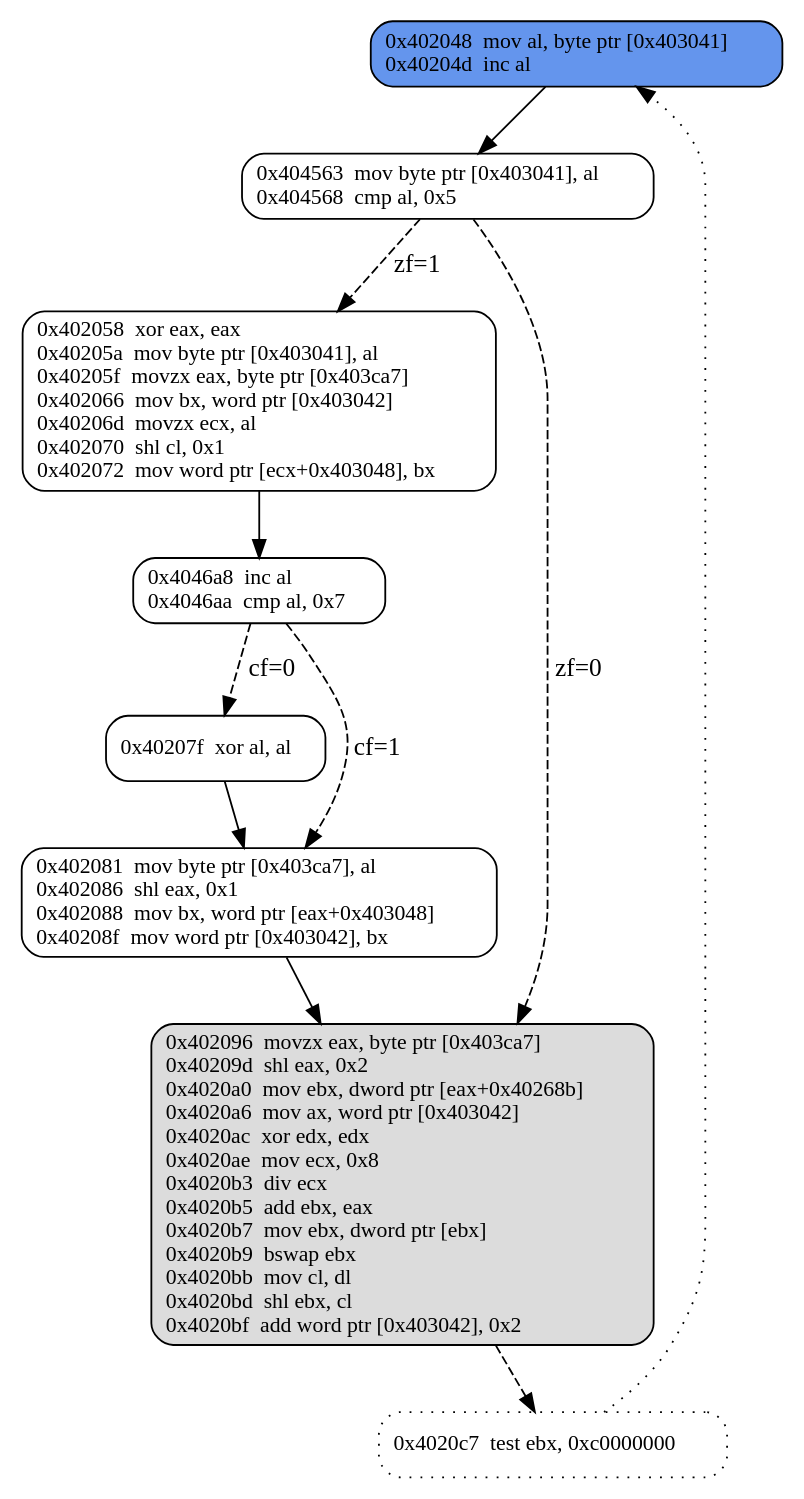
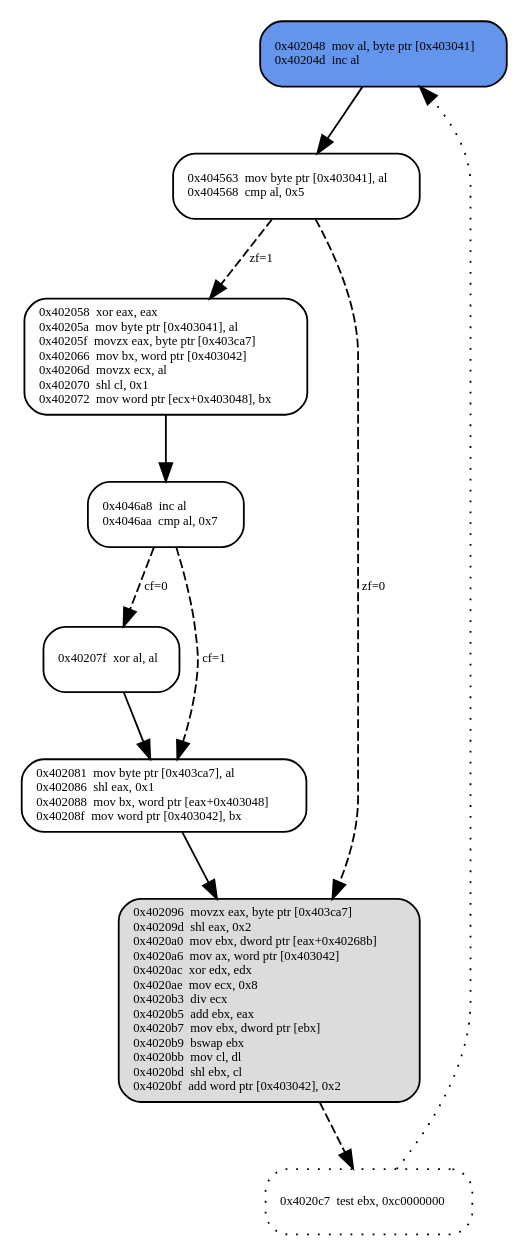
The diagram in F4b_XOR_W4kfu_GreHack2015_part2/images/f4b_vm1_dispatcher.dot (tathanhdinh/write-ups), drawn with Graphviz before and after one commit. The commit also changed 10 other files, not shown here.

```diff
--- a/F4b_XOR_W4kfu_GreHack2015_part2/images/f4b_vm1_dispatcher.dot
+++ b/F4b_XOR_W4kfu_GreHack2015_part2/images/f4b_vm1_dispatcher.dot
@@ -1,60 +1,60 @@
 digraph G {
   0 [
      fontname="Source Code Pro",
-     fontsize=12, shape=box, style="rounded,filled", fillcolor=cornflowerblue,
+     fontsize=7, shape=box, style="rounded,filled", fillcolor=cornflowerblue,
      label="0x402048  mov al, byte ptr [0x403041]\l0x40204d  inc al\l"
   ];
 
   1 [
      fontname="Source Code Pro",
-     fontsize=12, shape=box, style=rounded,
+     fontsize=7, shape=box, style=rounded,
      label="0x404563  mov byte ptr [0x403041], al\l0x404568  cmp al, 0x5\l"
   ];
 
   2 [
      fontname="Source Code Pro",
-     fontsize=12, shape=box, style=rounded,
+     fontsize=7, shape=box, style=rounded,
      label="0x402058  xor eax, eax\l0x40205a  mov byte ptr [0x403041], al\l0x40205f  movzx eax, byte ptr [0x403ca7]\l0x402066  mov bx, word ptr [0x403042]\l0x40206d  movzx ecx, al\l0x402070  shl cl, 0x1\l0x402072  mov word ptr [ecx+0x403048], bx\l"
   ];
 
   3 [
      fontname="Source Code Pro",
-     fontsize=12, shape=box, style=rounded,
+     fontsize=7, shape=box, style=rounded,
      label="0x4046a8  inc al\l0x4046aa  cmp al, 0x7\l"
   ];
 
   4 [
      fontname="Source Code Pro",
-     fontsize=12, shape=box, style=rounded,
+     fontsize=7, shape=box, style=rounded,
      label="0x40207f  xor al, al\l"
   ];
 
   5 [
      fontname="Source Code Pro",
-     fontsize=12, shape=box, style=rounded,
+     fontsize=7, shape=box, style=rounded,
      label="0x402081  mov byte ptr [0x403ca7], al\l0x402086  shl eax, 0x1\l0x402088  mov bx, word ptr [eax+0x403048]\l0x40208f  mov word ptr [0x403042], bx\l"
   ];
 
   6 [
      fontname="Source Code Pro",
-     fontsize=12, shape=box, style="rounded,filled", fillcolor=gainsboro,
+     fontsize=7, shape=box, style="rounded,filled", fillcolor=gainsboro,
      label="0x402096  movzx eax, byte ptr [0x403ca7]\l0x40209d  shl eax, 0x2\l0x4020a0  mov ebx, dword ptr [eax+0x40268b]\l0x4020a6  mov ax, word ptr [0x403042]\l0x4020ac  xor edx, edx\l0x4020ae  mov ecx, 0x8\l0x4020b3  div ecx\l0x4020b5  add ebx, eax\l0x4020b7  mov ebx, dword ptr [ebx]\l0x4020b9  bswap ebx\l0x4020bb  mov cl, dl\l0x4020bd  shl ebx, cl\l0x4020bf  add word ptr [0x403042], 0x2\l"
   ];
 
   7 [
     fontname="Source Code Pro",
-    fontsize=12, shape=box, style="rounded,dotted",
+    fontsize=7, shape=box, style="rounded,dotted",
     label="0x4020c7  test ebx, 0xc0000000\l"
   ]
 
-  0 -> 1 [label="", style="solid"];
-  1 -> 2 [label="zf=1", style="dashed"];
-  1 -> 6 [label="zf=0", style="dashed"];
-  2 -> 3 [label="", style="solid"];
-  3 -> 4 [label="cf=0", style="dashed"];
-  3 -> 5 [label="cf=1", style="dashed"];
-  4 -> 5 [label="", style="solid"];
-  5 -> 6 [label="", style="solid"];
-  6 -> 7 [label="", style="dashed"];
-  7 -> 0 [label="", style="dotted"];
+  0 -> 1 [fontsize=7, label="", style="solid"];
+  1 -> 2 [fontsize=7, label="zf=1", style="dashed"];
+  1 -> 6 [fontsize=7, label="zf=0", style="dashed"];
+  2 -> 3 [fontsize=7, label="", style="solid"];
+  3 -> 4 [fontsize=7, label="cf=0", style="dashed"];
+  3 -> 5 [fontsize=7, label="cf=1", style="dashed"];
+  4 -> 5 [fontsize=7, label="", style="solid"];
+  5 -> 6 [fontsize=7, label="", style="solid"];
+  6 -> 7 [fontsize=7, label="", style="dashed"];
+  7 -> 0 [fontsize=7, label="", style="dotted"];
 }
```
